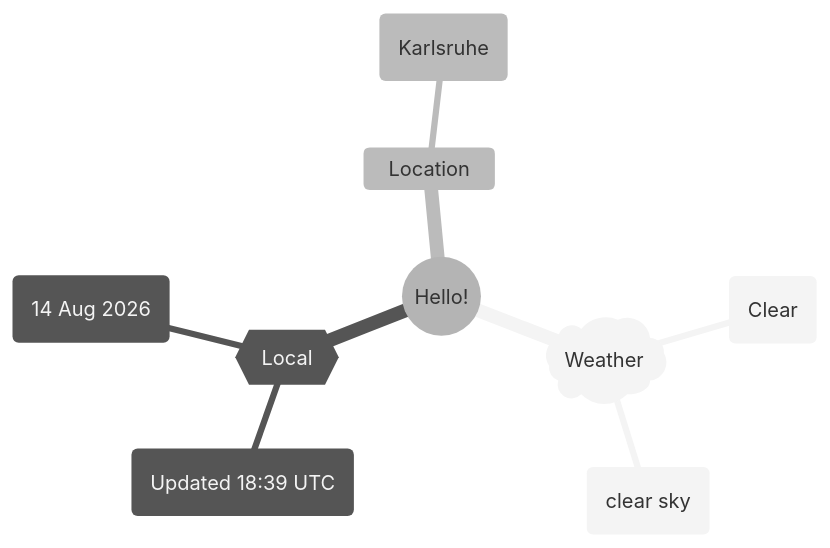
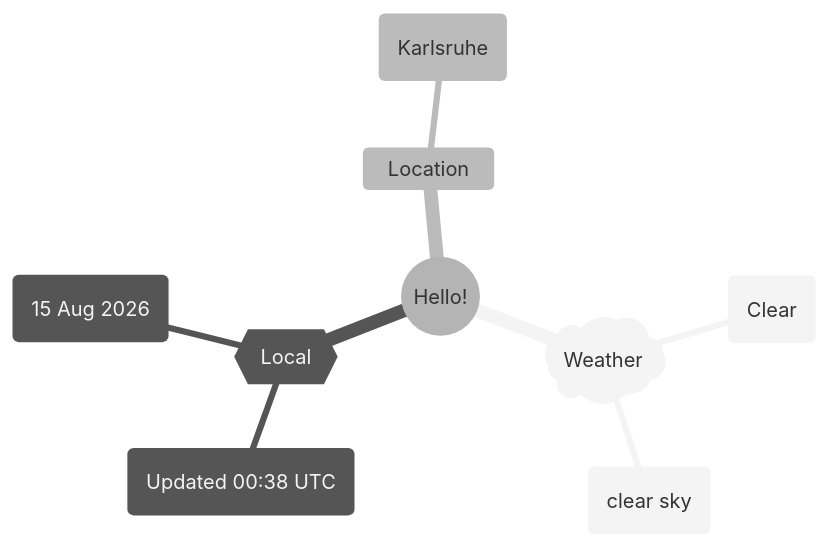
Before and after one commit to Xosrov/Xosrov: the first of 2 diagrams in README.md, drawn with Mermaid (neutral theme).

Commit message:
[bot] updated images

````diff
--- a/README.md
+++ b/README.md
@@ -3,12 +3,12 @@
 ```mermaid
 mindmap
   root((Hello!))
     )Weather(
         (Clear)
         (clear sky)
     {{Local}}
-        (Updated 18:39 UTC)
-        (14 Aug 2026)
+        (Updated 00:38 UTC)
+        (15 Aug 2026)
     Location
         (Karlsruhe)
 ```
````
